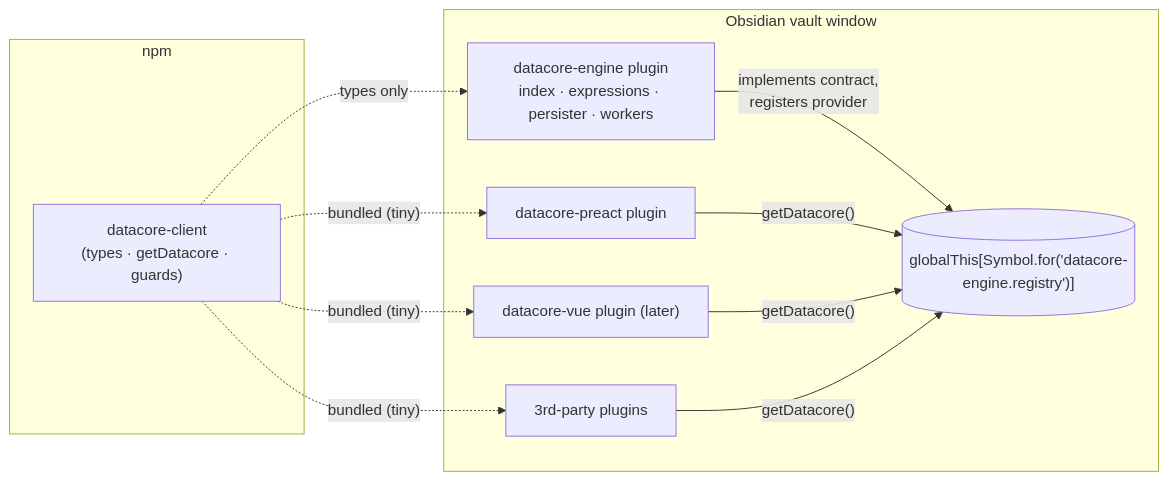
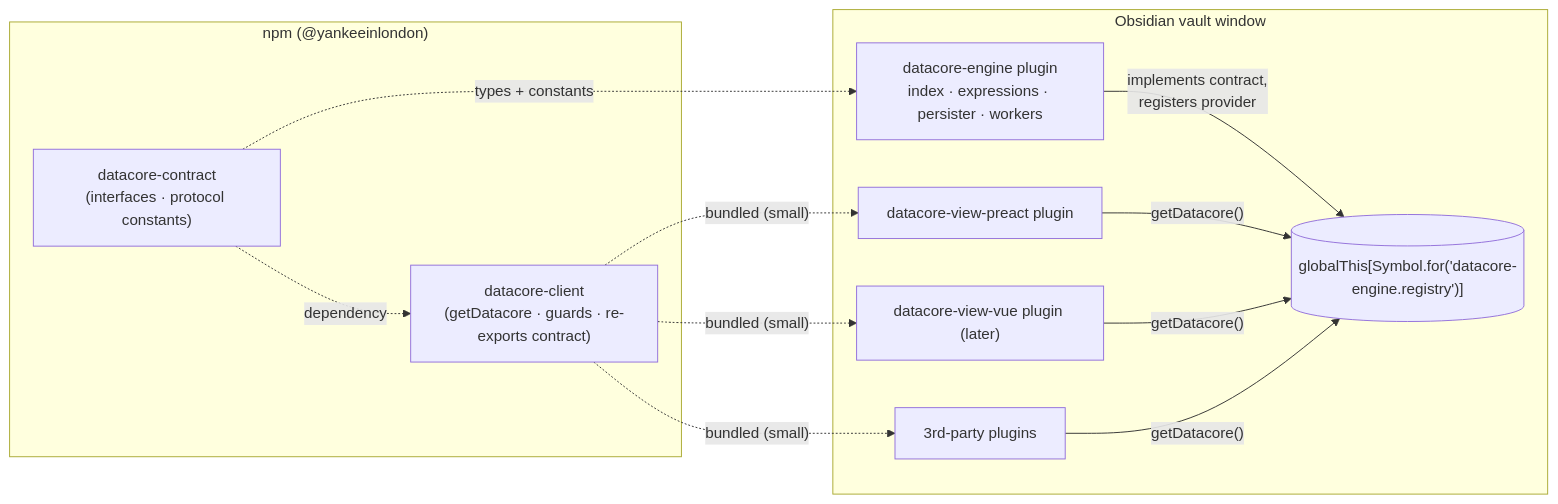
One commit to yankeeinlondon/datacore changed the diagram in features/2026-11-08-engine-room/spec.md. Above: the diagram before and after it, drawn with Mermaid. The commit also changed other lines of this file and 2 other files, not shown here.

First line of the commit message:
planning(datacore): close engine room decisions and plan P0

````diff
--- a/features/2026-11-08-engine-room/spec.md
+++ b/features/2026-11-08-engine-room/spec.md
@@ -93,24 +125,26 @@
 ```mermaid
 flowchart LR
-  subgraph npm["npm"]
-    client["datacore-client<br/>(types · getDatacore · guards)"]
+  subgraph npm["npm (@yankeeinlondon)"]
+    contract["datacore-contract<br/>(interfaces · protocol constants)"]
+    client["datacore-client<br/>(getDatacore · guards · re-exports contract)"]
   end
 
   subgraph obsidian["Obsidian vault window"]
     engine["datacore-engine plugin<br/>index · expressions · persister · workers"]
     slot[("globalThis[Symbol.for('datacore-engine.registry')]")]
-    preact["datacore-preact plugin"]
-    vue["datacore-vue plugin (later)"]
+    preact["datacore-view-preact plugin"]
+    vue["datacore-view-vue plugin (later)"]
     third["3rd-party plugins"]
   end
 
   engine -- "implements contract,<br/>registers provider" --> slot
   preact -- "getDatacore()" --> slot
   vue -- "getDatacore()" --> slot
   third -- "getDatacore()" --> slot
 
-  client -. "bundled (tiny)" .-> preact
-  client -. "bundled (tiny)" .-> vue
-  client -. "bundled (tiny)" .-> third
-  client -. "types only" .-> engine
+  contract -. "types + constants" .-> engine
+  contract -. "dependency" .-> client
+  client -. "bundled (small)" .-> preact
+  client -. "bundled (small)" .-> vue
+  client -. "bundled (small)" .-> third
 ```
````
